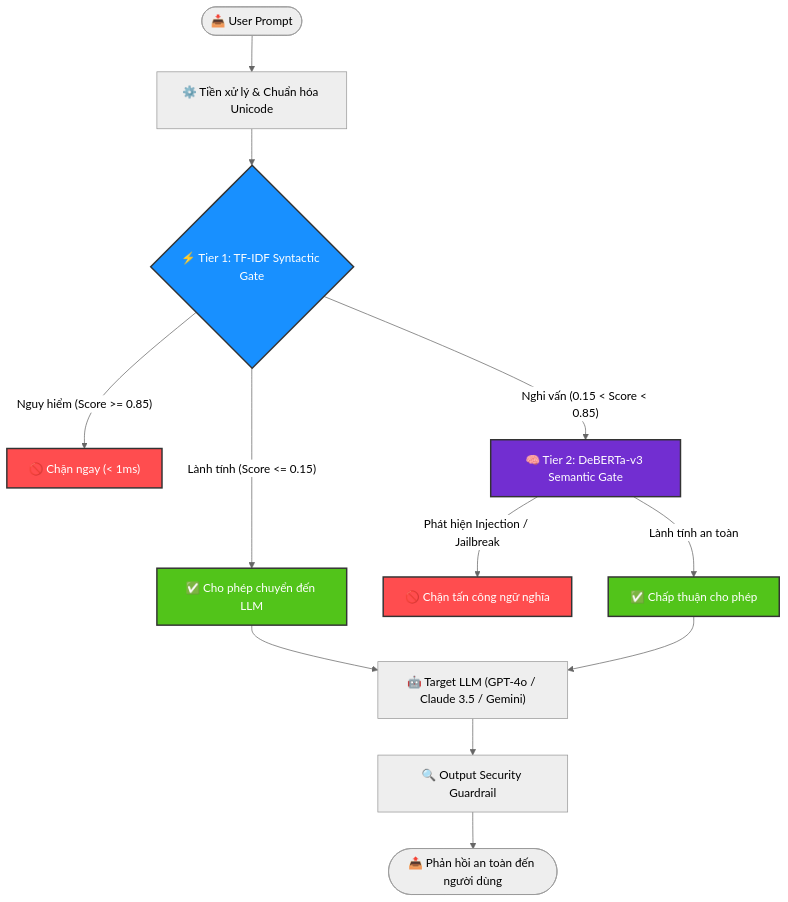
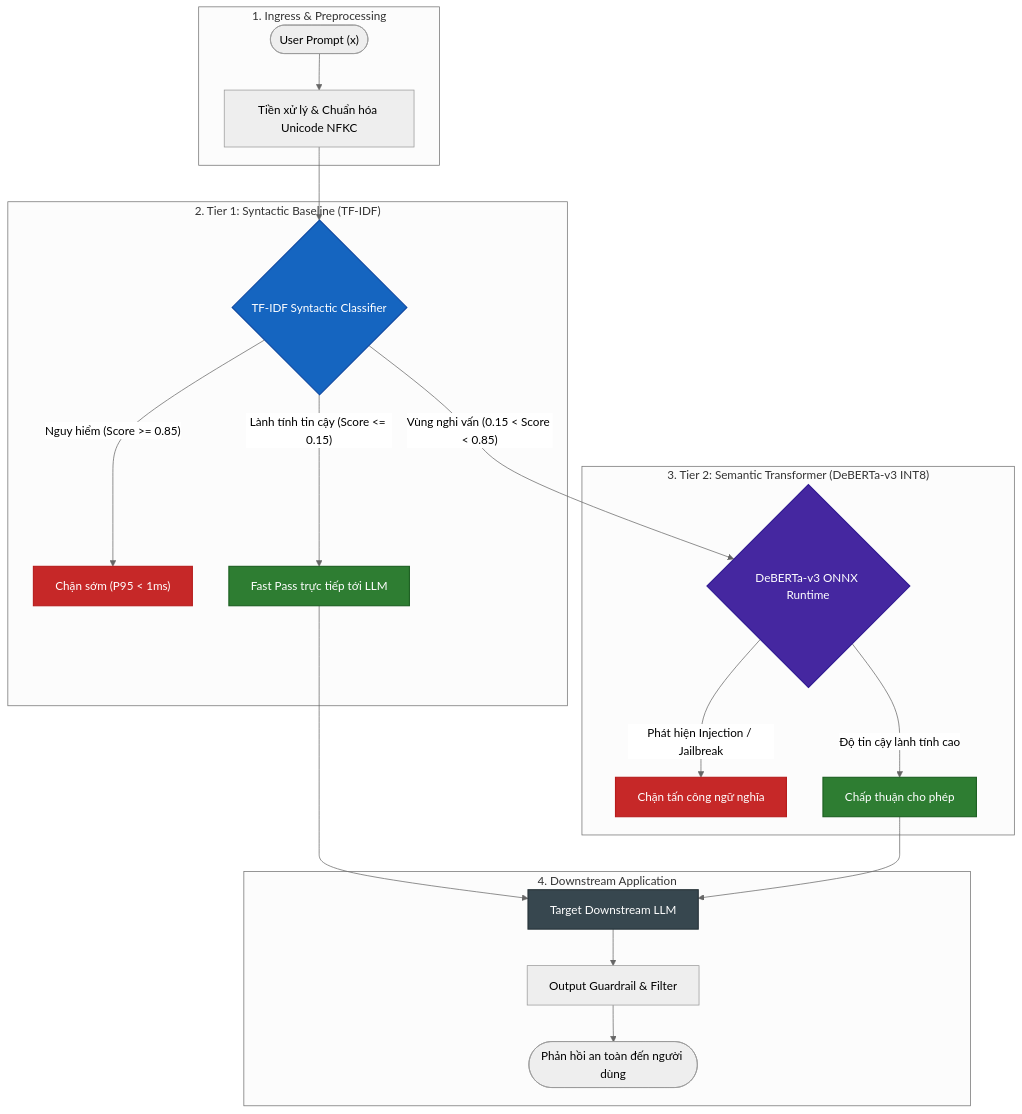
The diagram in Github-Page/index.md (nvtruongops/pi-guard), drawn with Mermaid (neutral theme) before and after one commit. The commit also changed other lines of this file and 108 other files, not shown here.

````diff
--- a/Github-Page/index.md
+++ b/Github-Page/index.md
@@ -21,24 +21,33 @@
 ```mermaid
 flowchart TD
-    UserPrompt(["📥 User Prompt"]) --> P1["⚙️ Tiền xử lý & Chuẩn hóa Unicode"]
-    P1 --> T1{"⚡ Tier 1: TF-IDF Syntactic Gate"}
+    subgraph Ingress["1. Ingress & Preprocessing"]
+        UserPrompt(["User Prompt (x)"]) --> P1["Tiền xử lý & Chuẩn hóa Unicode NFKC"]
+    end
 
-    T1 -- "Nguy hiểm (Score >= 0.85)" --> Block1["🚫 Chặn ngay (< 1ms)"]
-    T1 -- "Lành tính (Score <= 0.15)" --> Pass1["✅ Cho phép chuyển đến LLM"]
-    T1 -- "Nghi vấn (0.15 < Score < 0.85)" --> T2["🧠 Tier 2: DeBERTa-v3 Semantic Gate"]
+    subgraph Tier1["2. Tier 1: Syntactic Baseline (TF-IDF)"]
+        P1 --> T1{"TF-IDF Syntactic Classifier"}
+        T1 -- "Nguy hiểm (Score >= 0.85)" --> Block1["Chặn sớm (P95 < 1ms)"]
+        T1 -- "Lành tính tin cậy (Score <= 0.15)" --> Pass1["Fast Pass trực tiếp tới LLM"]
+    end
 
-    T2 -- "Phát hiện Injection / Jailbreak" --> Block2["🚫 Chặn tấn công ngữ nghĩa"]
-    T2 -- "Lành tính an toàn" --> Pass2["✅ Chấp thuận cho phép"]
+    subgraph Tier2["3. Tier 2: Semantic Transformer (DeBERTa-v3 INT8)"]
+        T1 -- "Vùng nghi vấn (0.15 < Score < 0.85)" --> T2{"DeBERTa-v3 ONNX Runtime"}
+        T2 -- "Phát hiện Injection / Jailbreak" --> Block2["Chặn tấn công ngữ nghĩa"]
+        T2 -- "Độ tin cậy lành tính cao" --> Pass2["Chấp thuận cho phép"]
+    end
 
-    Pass1 --> LLM["🤖 Target LLM (GPT-4o / Claude 3.5 / Gemini)"]
-    Pass2 --> LLM
-    LLM --> OutFilter["🔍 Output Security Guardrail"]
-    OutFilter --> SafeResponse(["📤 Phản hồi an toàn đến người dùng"])
+    subgraph TargetLLM["4. Downstream Application"]
+        Pass1 --> LLM["Target Downstream LLM"]
+        Pass2 --> LLM
+        LLM --> OutFilter["Output Guardrail & Filter"]
+        OutFilter --> SafeResponse(["Phản hồi an toàn đến người dùng"])
+    end
 
-    style Block1 fill:#ff4d4f,color:#fff,stroke:#333,stroke-width:2px;
-    style Block2 fill:#ff4d4f,color:#fff,stroke:#333,stroke-width:2px;
-    style Pass1 fill:#52c41a,color:#fff,stroke:#333,stroke-width:2px;
-    style Pass2 fill:#52c41a,color:#fff,stroke:#333,stroke-width:2px;
-    style T1 fill:#1890ff,color:#fff,stroke:#333,stroke-width:2px;
-    style T2 fill:#722ed1,color:#fff,stroke:#333,stroke-width:2px;
+    style Block1 fill:#c62828,color:#fff,stroke:#b71c1c,stroke-width:1.5px;
+    style Block2 fill:#c62828,color:#fff,stroke:#b71c1c,stroke-width:1.5px;
+    style Pass1 fill:#2e7d32,color:#fff,stroke:#1b5e20,stroke-width:1.5px;
+    style Pass2 fill:#2e7d32,color:#fff,stroke:#1b5e20,stroke-width:1.5px;
+    style T1 fill:#1565c0,color:#fff,stroke:#0d47a1,stroke-width:1.5px;
+    style T2 fill:#4527a0,color:#fff,stroke:#311b92,stroke-width:1.5px;
+    style LLM fill:#37474f,color:#fff,stroke:#263238,stroke-width:1.5px;
 ```
````
